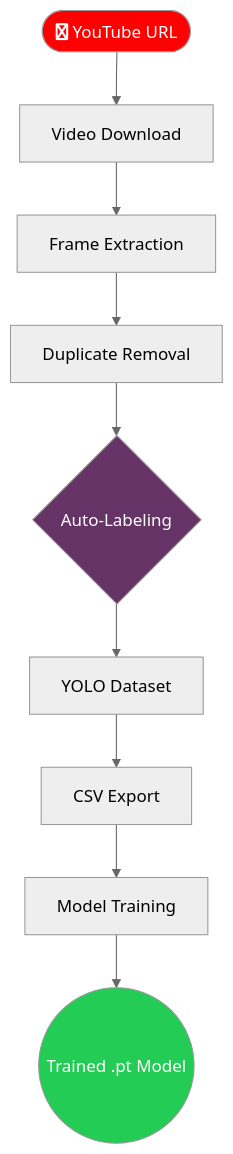
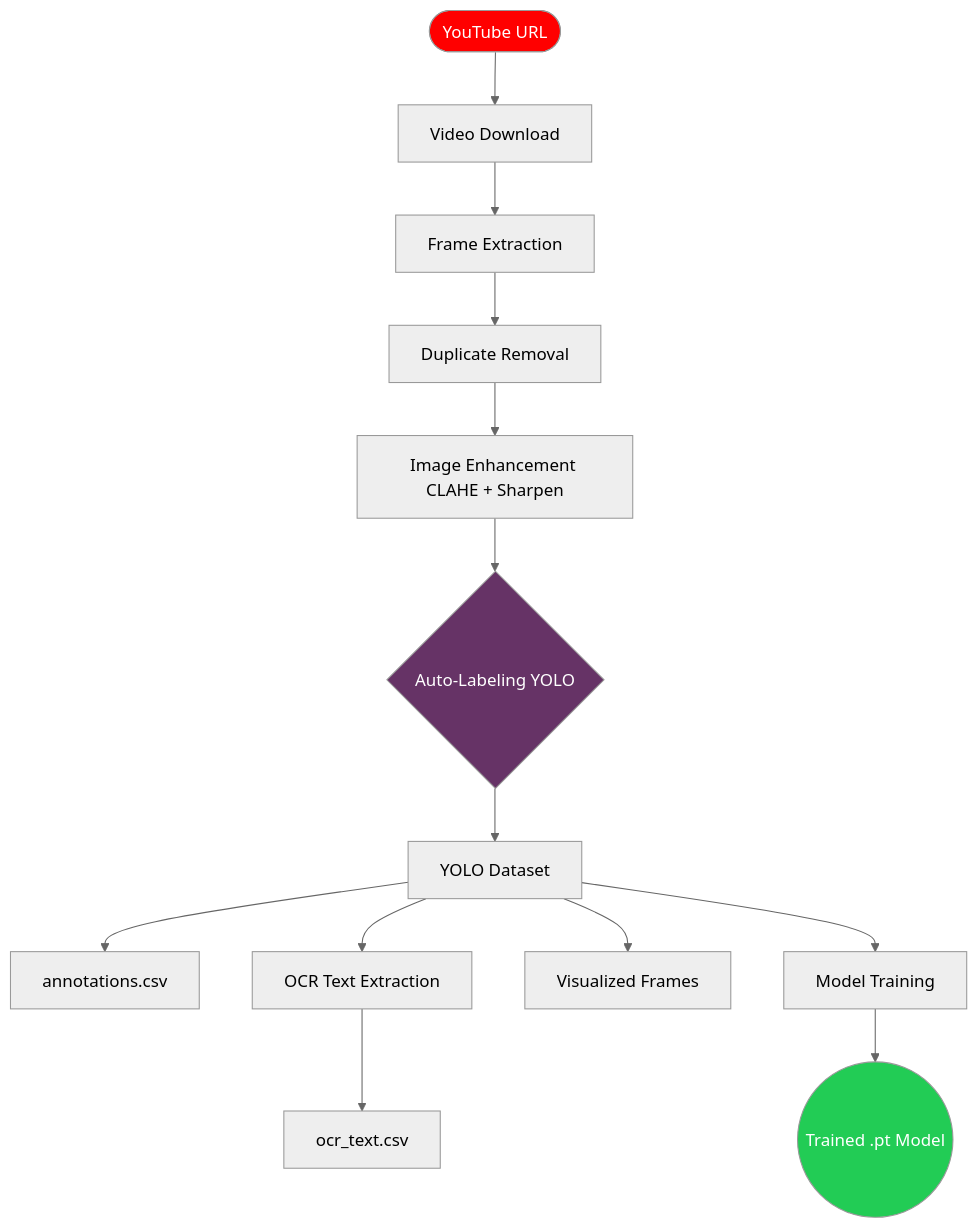
The diagram in README.md (RAGHAV2405AR/Game-Vision-Factory), drawn with Mermaid (neutral theme) before and after one commit. The commit also changed other lines of this file and 3 other files, not shown here.

````diff
--- a/README.md
+++ b/README.md
@@ -33,15 +32,19 @@
 ```mermaid
 graph TD
-    A([fa:fa-youtube YouTube URL]) --> B[Video Download]
+    A([YouTube URL]) --> B[Video Download]
     B --> C[Frame Extraction]
     C --> D[Duplicate Removal]
-    D --> E{Auto-Labeling}
-    E --> F[YOLO Dataset]
-    F --> G[CSV Export]
-    G --> H[Model Training]
-    H --> I((Trained .pt Model))
+    D --> E[Image Enhancement CLAHE + Sharpen]
+    E --> F{Auto-Labeling YOLO}
+    F --> G[YOLO Dataset]
+    G --> H[annotations.csv]
+    G --> I[OCR Text Extraction]
+    I --> J[ocr_text.csv]
+    G --> K[Visualized Frames]
+    G --> L[Model Training]
+    L --> M((Trained .pt Model))
 
     style A fill:#f00,color:#fff
-    style E fill:#636,color:#fff
-    style I fill:#2c5,color:#fff
+    style F fill:#636,color:#fff
+    style M fill:#2c5,color:#fff
 ```
````
